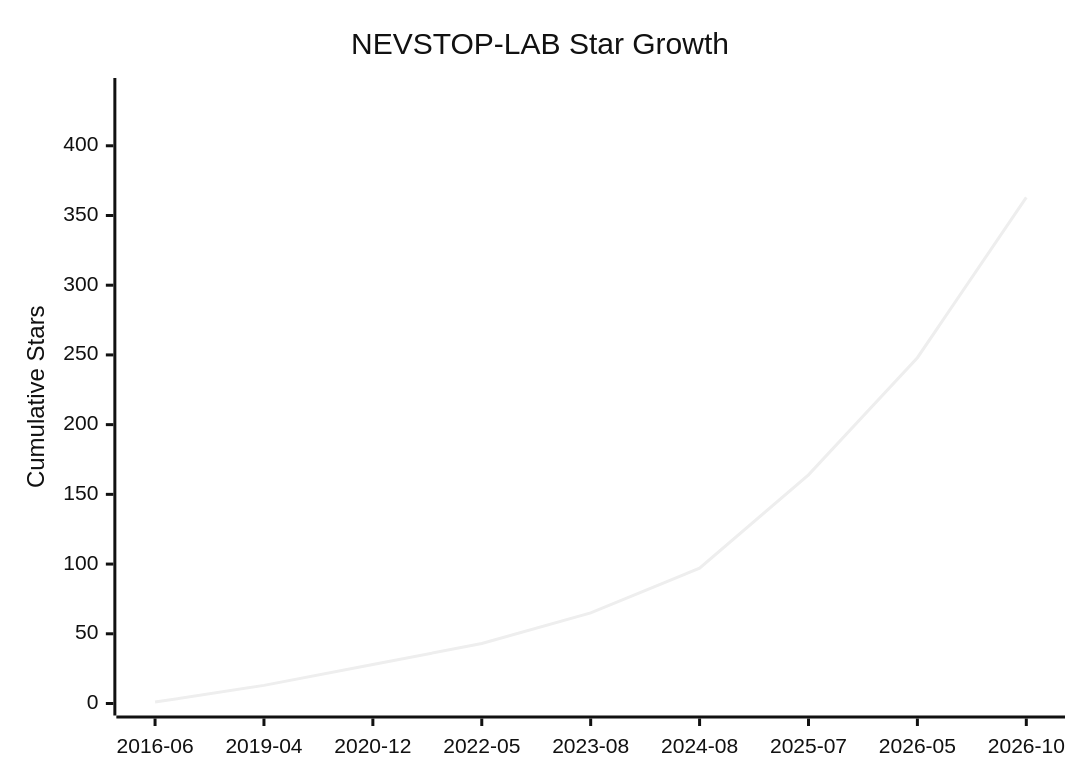
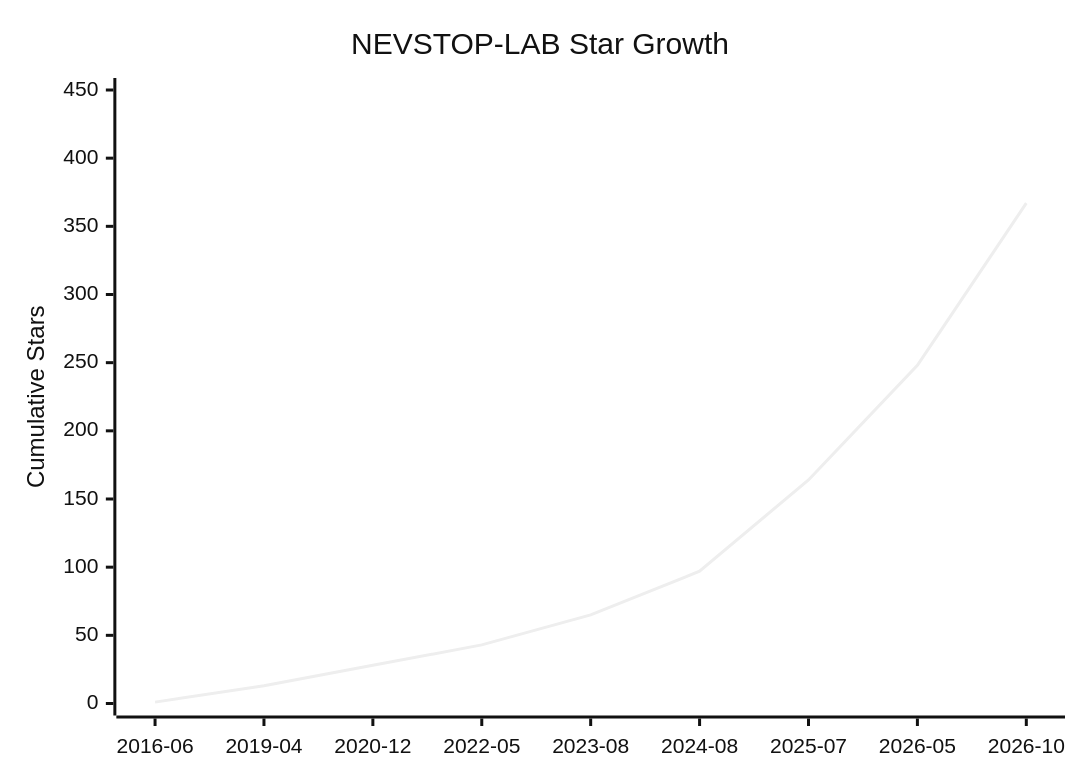
One commit to NEVSTOP-LAB/.github changed the diagram in Star-History.md. Above: the diagram before and after it, drawn with Mermaid (neutral theme). The commit also changed other lines of this file and 2 other files, not shown here.

````diff
--- a/Star-History.md
+++ b/Star-History.md
@@ -8,7 +8,7 @@
 ```mermaid
 xychart-beta
     title "NEVSTOP-LAB Star Growth"
     x-axis ["2016-06", "2019-04", "2020-12", "2022-05", "2023-08", "2024-08", "2025-07", "2026-05", "2026-10"]
-    y-axis "Cumulative Stars" 0 --> 440
-    line [1, 13, 28, 43, 65, 97, 164, 248, 363]
+    y-axis "Cumulative Stars" 0 --> 450
+    line [1, 13, 28, 43, 65, 97, 164, 248, 367]
 ```
````
